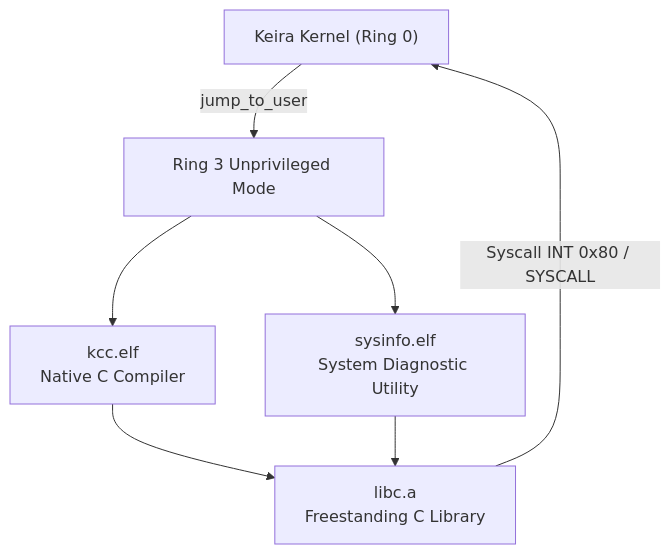
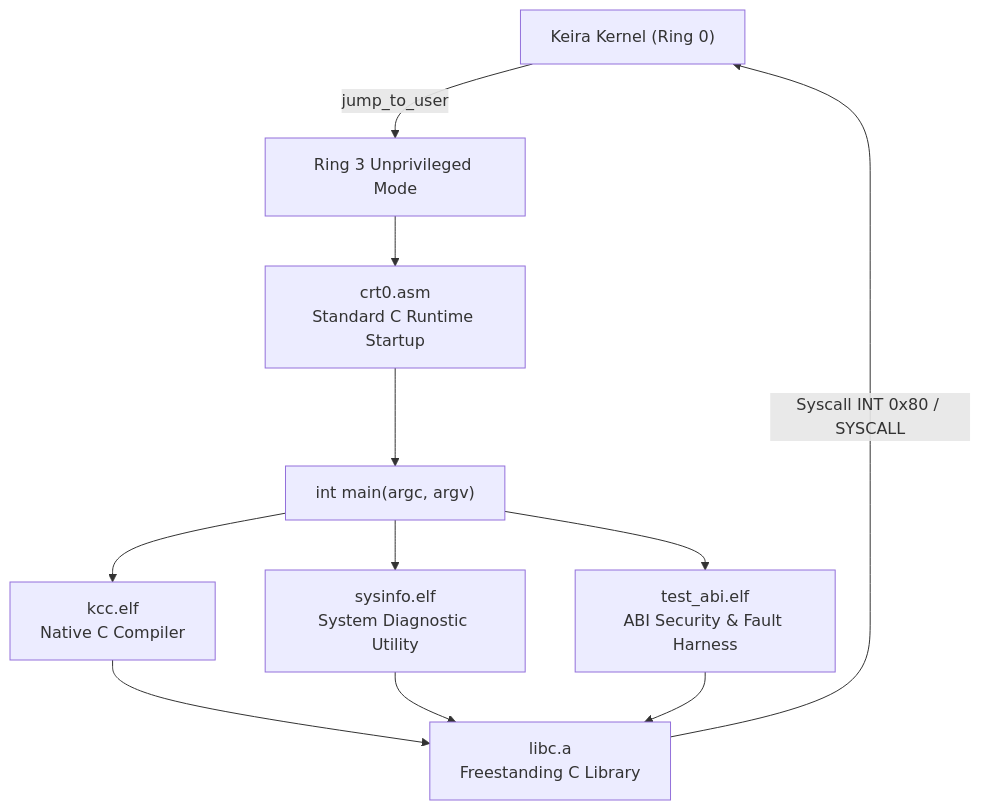
One commit to mrvlous/keira changed the diagram in docs/userland/system/binaries.md. Above: the diagram before and after it, drawn with Mermaid. The commit also changed other lines of this file and 18 other files, not shown here.

Commit message:
feat(user): implement crt0 runtime startup, BSD sockets and Ring 3 ABI harness

````diff
--- a/docs/userland/system/binaries.md
+++ b/docs/userland/system/binaries.md
@@ -11,9 +11,13 @@
 ```mermaid
 graph TD
     Kernel["Keira Kernel (Ring 0)"] -->|jump_to_user| Ring3["Ring 3 Unprivileged Mode"]
-    Ring3 --> KCC["kcc.elf<br/>Native C Compiler"]
-    Ring3 --> Sysinfo["sysinfo.elf<br/>System Diagnostic Utility"]
+    Ring3 --> CRT0["crt0.asm<br/>Standard C Runtime Startup"]
+    CRT0 --> Main["int main(argc, argv)"]
+    Main --> KCC["kcc.elf<br/>Native C Compiler"]
+    Main --> Sysinfo["sysinfo.elf<br/>System Diagnostic Utility"]
+    Main --> TestABI["test_abi.elf<br/>ABI Security & Fault Harness"]
     KCC --> LibC["libc.a<br/>Freestanding C Library"]
     Sysinfo --> LibC
+    TestABI --> LibC
     LibC -->|Syscall INT 0x80 / SYSCALL| Kernel
 ```
````
